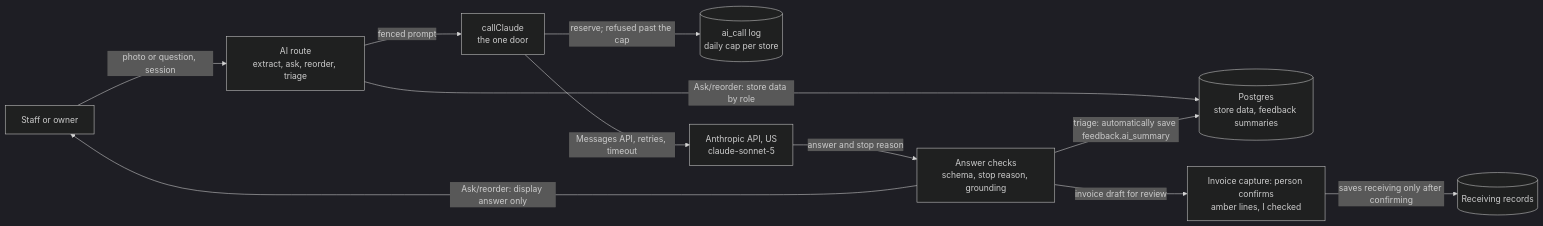
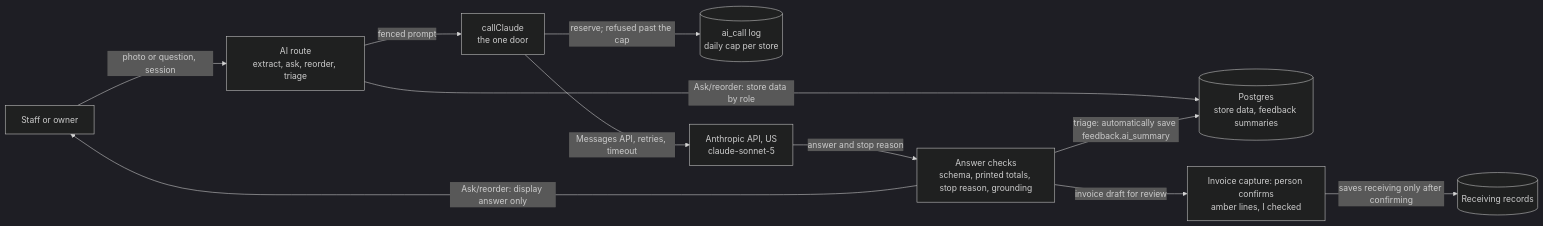
Before and after one commit to raviteja0012/robinsons-store: the eighth of 9 diagrams in docs/ARCHITECTURE.md, drawn with Mermaid (dark theme). The commit also changed other lines of this file and 17 other files, not shown here.

First line of the commit message:
Check invoice lines against the printed totals before Capture saves

````diff
--- a/docs/ARCHITECTURE.md
+++ b/docs/ARCHITECTURE.md
@@ -594,22 +603,22 @@
 ```mermaid
 flowchart LR
   P["Staff or owner"]
   R["AI route<br/>extract, ask, reorder, triage"]
   DB[("Postgres<br/>store data, feedback summaries")]
   CC["callClaude<br/>the one door"]
   LOG[("ai_call log<br/>daily cap per store")]
   AN["Anthropic API, US<br/>claude-sonnet-5"]
-  CHK["Answer checks<br/>schema, stop reason, grounding"]
+  CHK["Answer checks<br/>schema, printed totals, stop reason, grounding"]
   H["Invoice capture: person confirms<br/>amber lines, I checked"]
   REC[("Receiving records")]
   P -- "photo or question, session" --> R
   R -- "Ask/reorder: store data by role" --> DB
   R -- "fenced prompt" --> CC
   CC -- "reserve; refused past the cap" --> LOG
   CC -- "Messages API, retries, timeout" --> AN
   AN -- "answer and stop reason" --> CHK
   CHK -- "invoice draft for review" --> H
   H -- "saves receiving only after confirming" --> REC
   CHK -- "Ask/reorder: display answer only" --> P
   CHK -- "triage: automatically save feedback.ai_summary" --> DB
 ```
````
